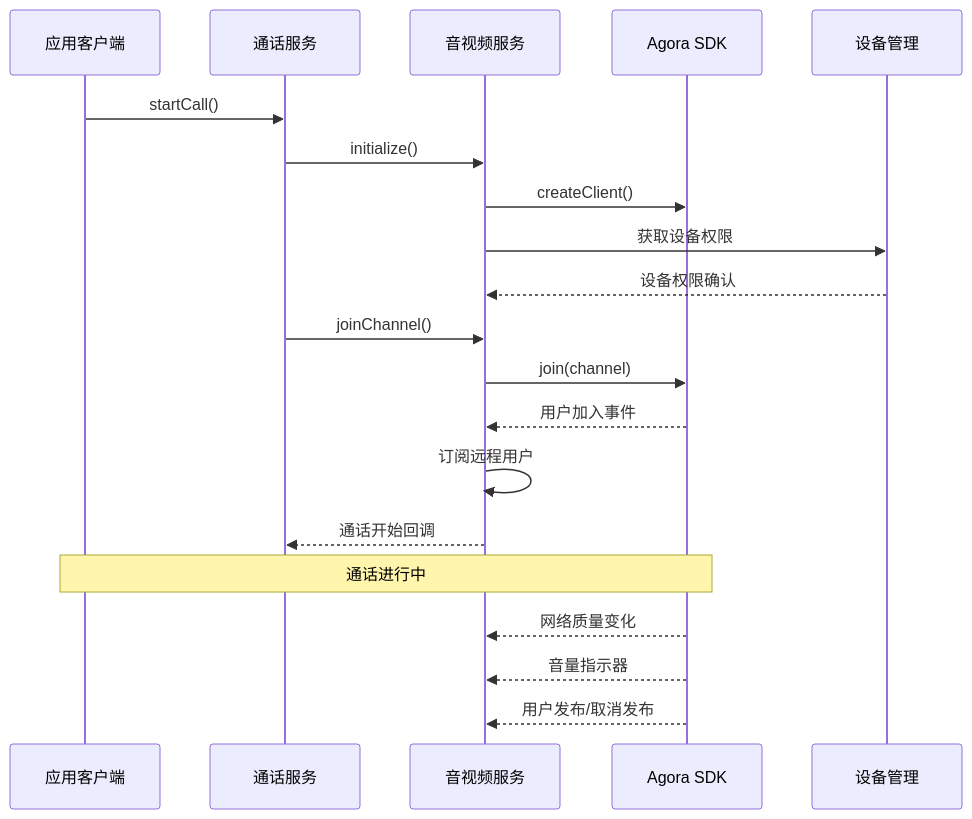
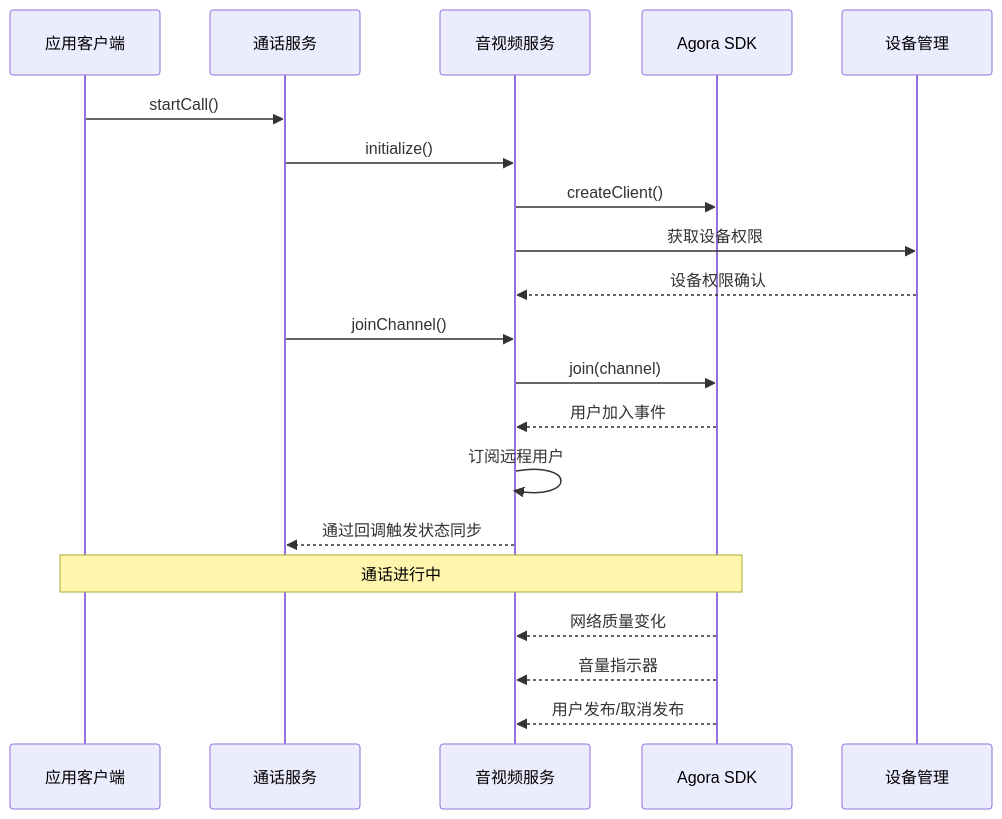
Before and after one commit to Easemob-Community/easemob-uikit-callkit-vue3: the third of 14 diagrams in .qoder/repowiki/zh/content/服务层/音视频服务 (RtcService).md, drawn with Mermaid. The commit also changed other lines of this file and 54 other files, not shown here.

First line of the commit message:
refactor: 清理废弃代码 + 移出 RtcService 实例 + API 便捷性优化

````diff
--- a/.qoder/repowiki/zh/content/服务层/音视频服务 (RtcService).md
+++ b/.qoder/repowiki/zh/content/服务层/音视频服务 (RtcService).md
@@ -172,22 +188,22 @@
 ```mermaid
 sequenceDiagram
 participant Client as 应用客户端
 participant CallService as 通话服务
 participant RtcService as 音视频服务
 participant Agora as Agora SDK
 participant Device as 设备管理
 Client->>CallService : startCall()
 CallService->>RtcService : initialize()
 RtcService->>Agora : createClient()
 RtcService->>Device : 获取设备权限
 Device-->>RtcService : 设备权限确认
 CallService->>RtcService : joinChannel()
 RtcService->>Agora : join(channel)
 Agora-->>RtcService : 用户加入事件
 RtcService->>RtcService : 订阅远程用户
-RtcService-->>CallService : 通话开始回调
+RtcService-->>CallService : 通过回调触发状态同步
 Note over Client,Agora : 通话进行中
 Agora-->>RtcService : 网络质量变化
 Agora-->>RtcService : 音量指示器
 Agora-->>RtcService : 用户发布/取消发布
 ```
````
